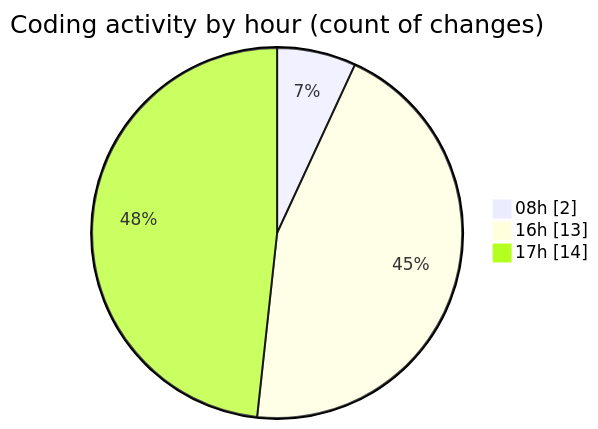
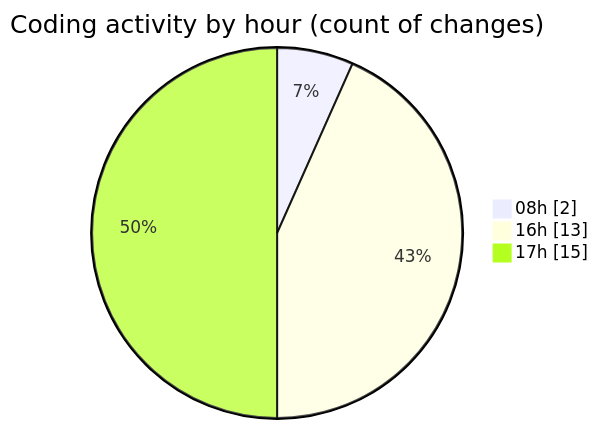
One commit to robertbonfada/code-tracking changed the second of 2 diagrams in 2025-03-14/lumine-web/README.md. Above: the diagram before and after it, drawn with Mermaid. The commit also changed other lines of this file and 1 other file, not shown here.

````diff
--- a/2025-03-14/lumine-web/README.md
+++ b/2025-03-14/lumine-web/README.md
@@ -39,7 +39,7 @@
 ```mermaid
 pie showData
 title Coding activity by hour (count of changes)
 "08h" : 2
 "16h" : 13
-"17h" : 14
+"17h" : 15
 ```
````
